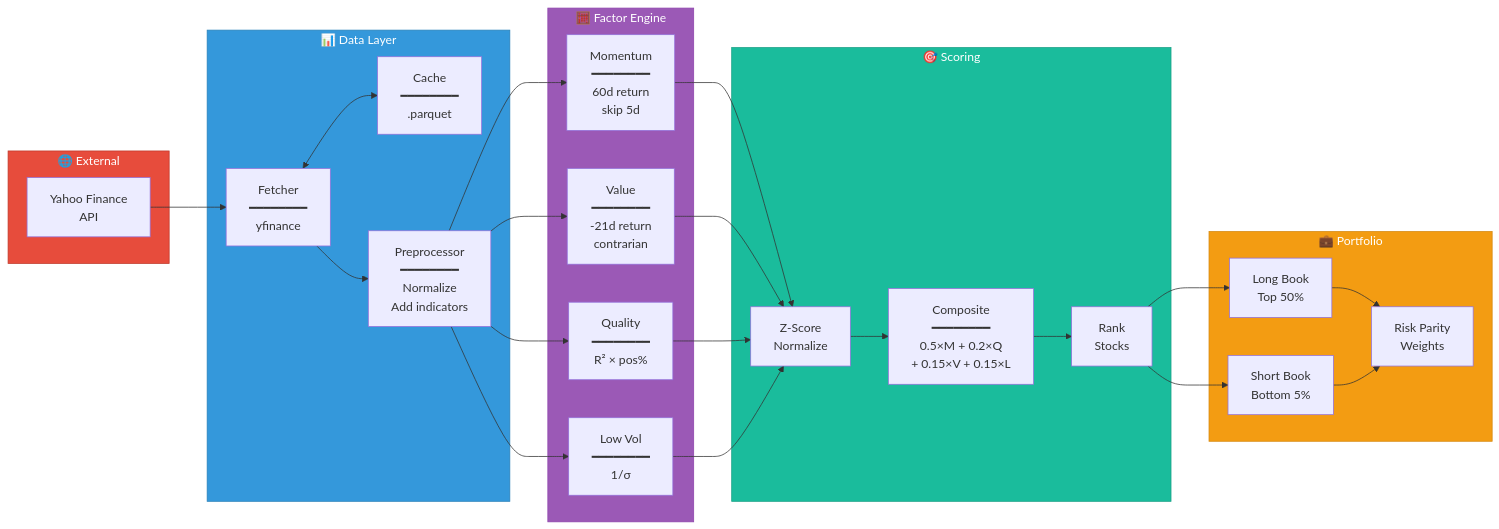
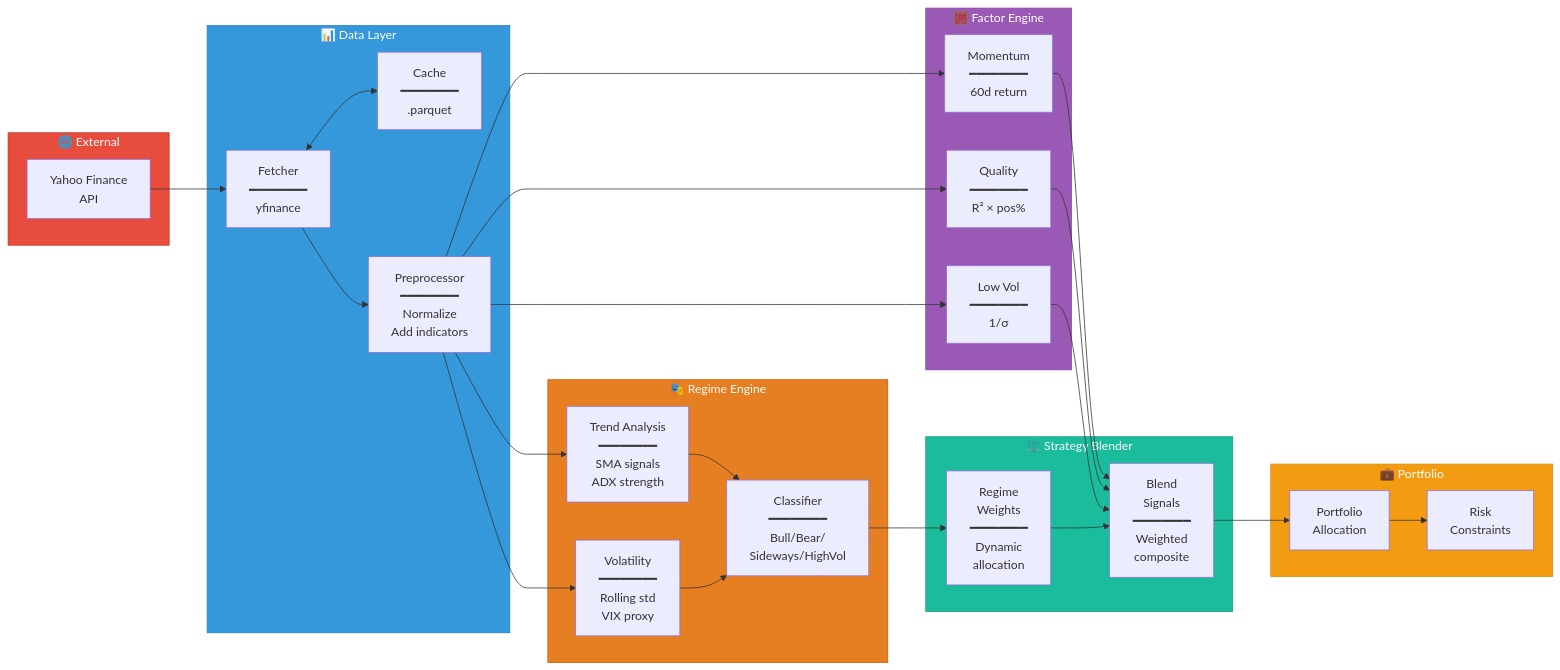
The seventh of 7 diagrams in README.md (blackms/FinRL-Adaptive), drawn with Mermaid before and after one commit. The commit also changed other lines of this file and 13 other files, not shown here.

First line of the commit message:
feat: Add regime-aware strategy blending system

````diff
--- a/README.md
+++ b/README.md
@@ -375,47 +420,53 @@
 ```mermaid
 flowchart LR
     subgraph External["🌐 External"]
         YAHOO["Yahoo Finance<br/>API"]
     end
 
     subgraph DataLayer["📊 Data Layer"]
         FETCH["Fetcher<br/>━━━━━━━━<br/>yfinance"]
         CACHE["Cache<br/>━━━━━━━━<br/>.parquet"]
         PREP["Preprocessor<br/>━━━━━━━━<br/>Normalize<br/>Add indicators"]
     end
 
+    subgraph RegimeEngine["🎭 Regime Engine"]
+        TREND["Trend Analysis<br/>━━━━━━━━<br/>SMA signals<br/>ADX strength"]
+        VOLAT["Volatility<br/>━━━━━━━━<br/>Rolling std<br/>VIX proxy"]
+        CLASS["Classifier<br/>━━━━━━━━<br/>Bull/Bear/<br/>Sideways/HighVol"]
+    end
+
     subgraph FactorEngine["🧮 Factor Engine"]
-        MOM["Momentum<br/>━━━━━━━━<br/>60d return<br/>skip 5d"]
-        VAL["Value<br/>━━━━━━━━<br/>-21d return<br/>contrarian"]
+        MOM["Momentum<br/>━━━━━━━━<br/>60d return"]
         QUAL["Quality<br/>━━━━━━━━<br/>R² × pos%"]
         VOL["Low Vol<br/>━━━━━━━━<br/>1/σ"]
     end
 
-    subgraph Scoring["🎯 Scoring"]
-        ZSCORE["Z-Score<br/>Normalize"]
-        COMPOSITE["Composite<br/>━━━━━━━━<br/>0.5×M + 0.2×Q<br/>+ 0.15×V + 0.15×L"]
-        RANK["Rank<br/>Stocks"]
+    subgraph Blender["⚖️ Strategy Blender"]
+        WEIGHTS["Regime<br/>Weights<br/>━━━━━━━━<br/>Dynamic<br/>allocation"]
+        BLEND["Blend<br/>Signals<br/>━━━━━━━━<br/>Weighted<br/>composite"]
     end
 
     subgraph Portfolio["💼 Portfolio"]
-        LONG["Long Book<br/>Top 50%"]
-        SHORT["Short Book<br/>Bottom 5%"]
-        WEIGHTS["Risk Parity<br/>Weights"]
+        ALLOC["Portfolio<br/>Allocation"]
+        RISK["Risk<br/>Constraints"]
     end
 
     YAHOO --> FETCH
     FETCH <--> CACHE
     FETCH --> PREP
-    PREP --> MOM & VAL & QUAL & VOL
-    MOM & VAL & QUAL & VOL --> ZSCORE
-    ZSCORE --> COMPOSITE
-    COMPOSITE --> RANK
-    RANK --> LONG & SHORT
-    LONG & SHORT --> WEIGHTS
+    PREP --> TREND & VOLAT
+    TREND & VOLAT --> CLASS
+    PREP --> MOM & QUAL & VOL
+    CLASS --> WEIGHTS
+    MOM & QUAL & VOL --> BLEND
+    WEIGHTS --> BLEND
+    BLEND --> ALLOC
+    ALLOC --> RISK
 
     style External fill:#e74c3c,stroke:#c0392b,color:#fff
     style DataLayer fill:#3498db,stroke:#2980b9,color:#fff
+    style RegimeEngine fill:#e67e22,stroke:#d35400,color:#fff
     style FactorEngine fill:#9b59b6,stroke:#8e44ad,color:#fff
-    style Scoring fill:#1abc9c,stroke:#16a085,color:#fff
+    style Blender fill:#1abc9c,stroke:#16a085,color:#fff
     style Portfolio fill:#f39c12,stroke:#d68910,color:#fff
 ```
````
